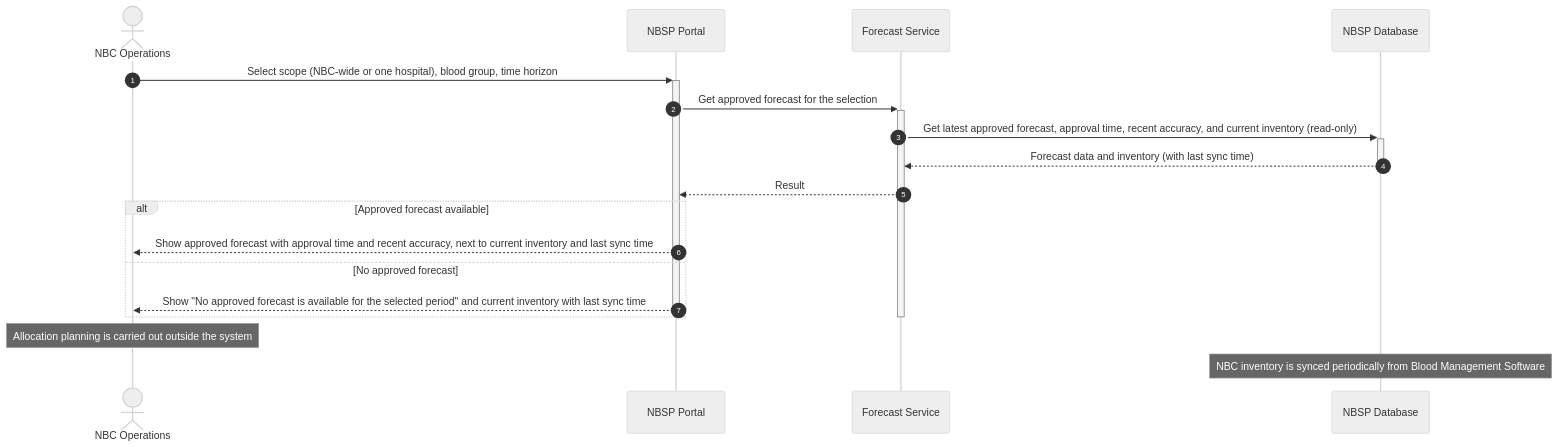
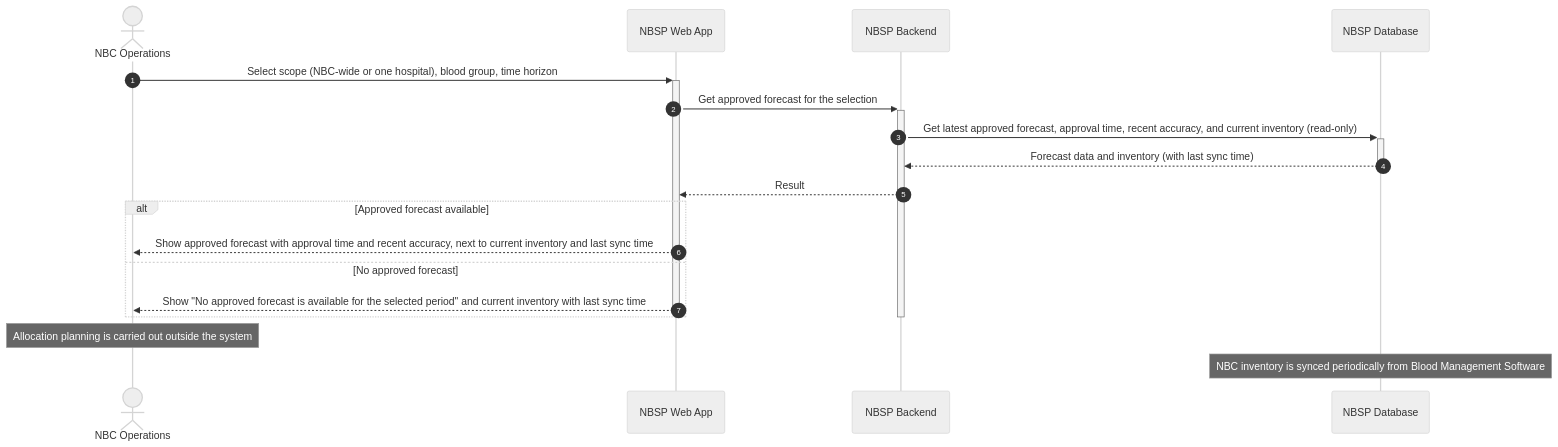
The diagram in use-case/SD-UC-16.md (Nhan2772/DBIZ2-GROUPC-NationalBloodSupplyPlatform), drawn with Mermaid (neutral theme) before and after one commit.

````diff
--- a/use-case/SD-UC-16.md
+++ b/use-case/SD-UC-16.md
@@ -9,24 +9,24 @@
 ```mermaid
 sequenceDiagram
     autonumber
     actor OPS as NBC Operations
-    participant Portal as NBSP Portal
-    participant FS as Forecast Service
+    participant Portal as NBSP Web App
+    participant FS as NBSP Backend
     participant DB as NBSP Database
 
     OPS->>+Portal: Select scope (NBC-wide or one hospital), blood group, time horizon
     Portal->>+FS: Get approved forecast for the selection
     FS->>+DB: Get latest approved forecast, approval time, recent accuracy, and current inventory (read-only)
     DB-->>-FS: Forecast data and inventory (with last sync time)
     FS-->>Portal: Result
 
     alt Approved forecast available
         Portal-->>OPS: Show approved forecast with approval time and recent accuracy, next to current inventory and last sync time
     else No approved forecast
         Portal-->>-OPS: Show "No approved forecast is available for the selected period" and current inventory with last sync time
     end
     deactivate FS
 
     Note over OPS: Allocation planning is carried out outside the system
     Note over DB: NBC inventory is synced periodically from Blood Management Software
 ```
````
